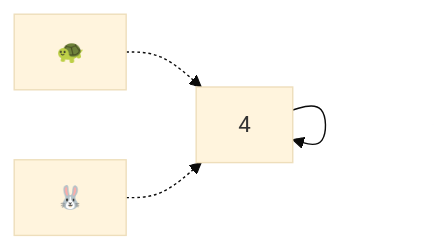
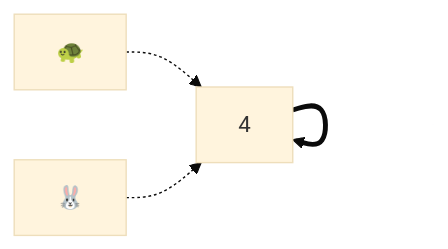
The seventh of 13 diagrams in _posts/2026-02-15-nuralagus-rex.md (raganwald/raganwald.github.com), drawn with Mermaid (base theme) before and after one commit. The commit also changed other lines of this file, not shown here.

```diff
--- a/_posts/2026-02-15-nuralagus-rex.md
+++ b/_posts/2026-02-15-nuralagus-rex.md
@@ -158,11 +158,11 @@
 <div class="mermaid">
   graph LR
 
     tortoise2["🐢"]
     hare2["🐰"]
     a["4"]
 
-    a-->a
+    a==>a
     tortoise2-.->a
     hare2-.->a
 </div>
```
